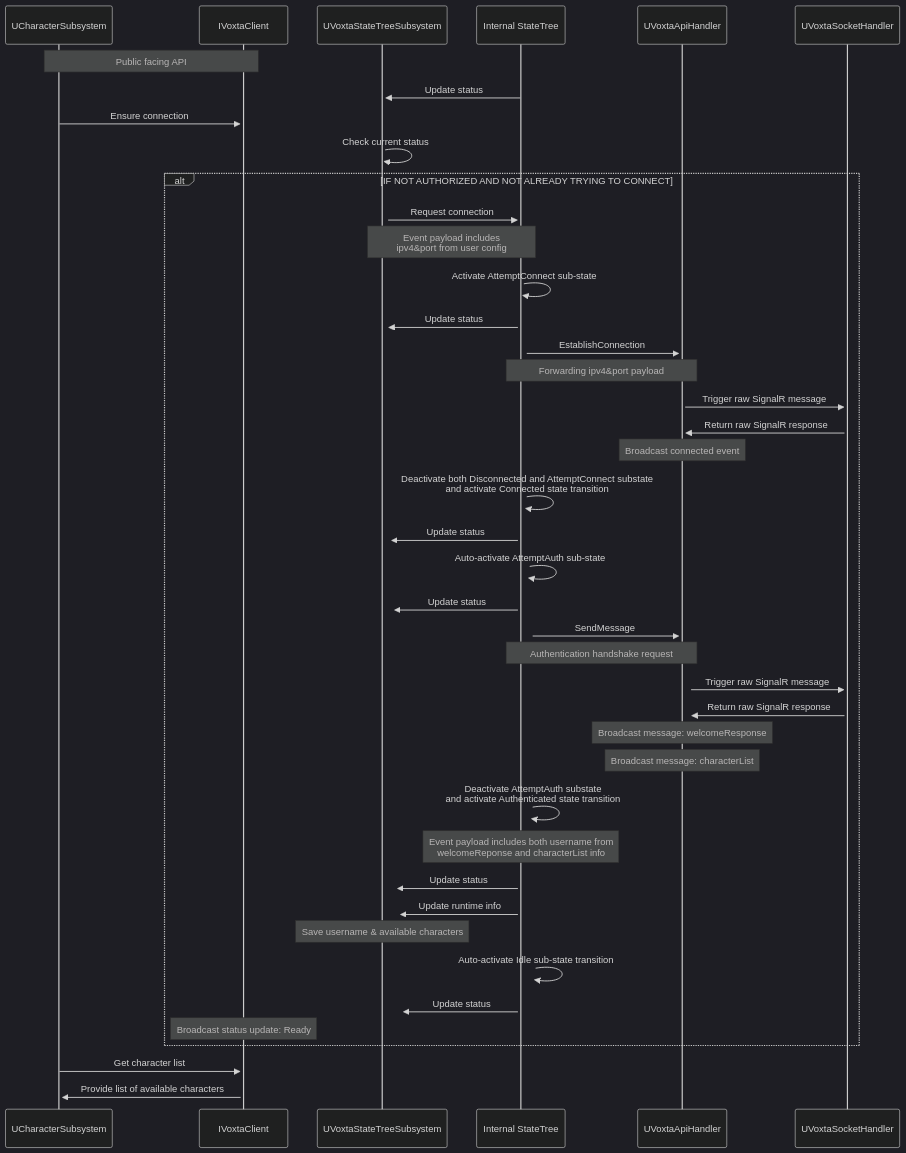
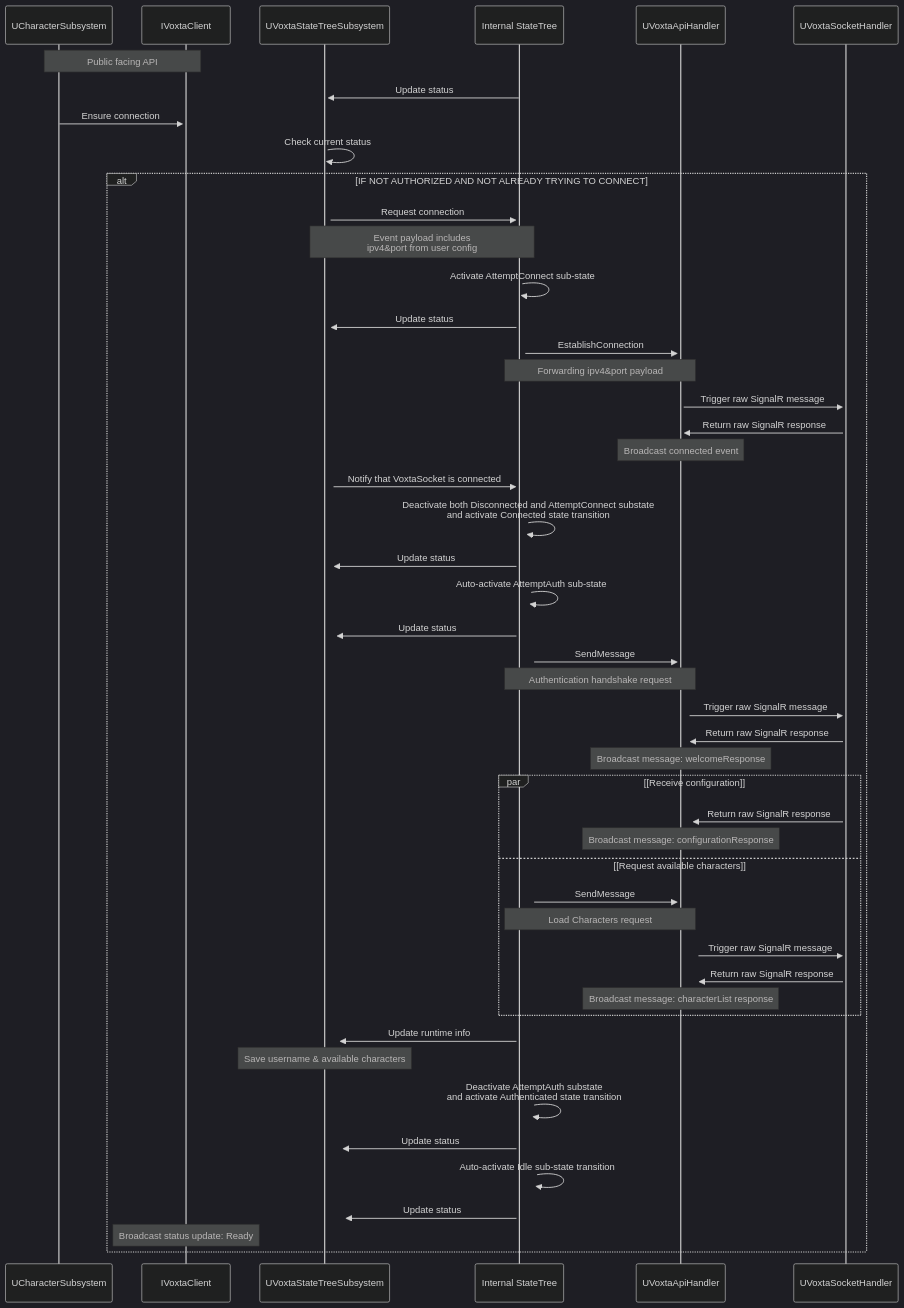
Before and after one commit to grrimgrriefer/UnrealVoxta: the diagram in README.md, drawn with Mermaid. The commit also changed 11 other files, not shown here.

````diff
--- a/README.md
+++ b/README.md
@@ -14,58 +14,65 @@
 ```mermaid
 ---
 config:
   theme: dark
 ---
 sequenceDiagram
 	Note over UCharacterSubsystem,IVoxtaClient: Public facing API
     participant UVoxtaStateTreeSubsystem
 
     Internal StateTree->>+UVoxtaStateTreeSubsystem: Update status
 
 	UCharacterSubsystem->>+IVoxtaClient: Ensure connection
 	UVoxtaStateTreeSubsystem->>+UVoxtaStateTreeSubsystem: Check current status
 
 	alt IF NOT AUTHORIZED AND NOT ALREADY TRYING TO CONNECT
 		UVoxtaStateTreeSubsystem->>+Internal StateTree: Request connection
 			Note over UVoxtaStateTreeSubsystem,Internal StateTree: Event payload includes <br /> ipv4&port from user config
 		Internal StateTree->>+Internal StateTree: Activate AttemptConnect sub-state
             Internal StateTree->>+UVoxtaStateTreeSubsystem: Update status
 
 		Internal StateTree->>+UVoxtaApiHandler: EstablishConnection
 			Note over Internal StateTree,UVoxtaApiHandler: Forwarding ipv4&port payload
 
 		UVoxtaApiHandler->>+UVoxtaSocketHandler: Trigger raw SignalR message
 		UVoxtaSocketHandler->>+UVoxtaApiHandler: Return raw SignalR response
 			Note over UVoxtaApiHandler: Broadcast connected event
 
+		UVoxtaStateTreeSubsystem->>+Internal StateTree: Notify that VoxtaSocket is connected
+
 		Internal StateTree->>+Internal StateTree: Deactivate both Disconnected and AttemptConnect substate<br /> and activate Connected state transition
 		Internal StateTree->>+UVoxtaStateTreeSubsystem: Update status
 
 		Internal StateTree->>+Internal StateTree: Auto-activate AttemptAuth sub-state
             Internal StateTree->>+UVoxtaStateTreeSubsystem: Update status
 
 		Internal StateTree->>+UVoxtaApiHandler: SendMessage
 			Note over Internal StateTree,UVoxtaApiHandler: Authentication handshake request
 
 		UVoxtaApiHandler->>+UVoxtaSocketHandler: Trigger raw SignalR message
 		UVoxtaSocketHandler->>+UVoxtaApiHandler: Return raw SignalR response
 			Note over UVoxtaApiHandler: Broadcast message: welcomeResponse
-			Note over UVoxtaApiHandler: Broadcast message: characterList
 
-		Internal StateTree->>+Internal StateTree: Deactivate AttemptAuth substate<br /> and activate Authenticated state transition
-			Note over Internal StateTree: Event payload includes both username from <br />welcomeReponse and characterList info
+		par [Receive configuration]
+				UVoxtaSocketHandler->>+UVoxtaApiHandler: Return raw SignalR response
+					Note over UVoxtaApiHandler: Broadcast message: configurationResponse
+		and [Request available characters]
+				Internal StateTree->>+UVoxtaApiHandler: SendMessage
+					Note over Internal StateTree,UVoxtaApiHandler: Load Characters request
 
-        Internal StateTree->>+UVoxtaStateTreeSubsystem: Update status
+				UVoxtaApiHandler->>+UVoxtaSocketHandler: Trigger raw SignalR message
+				UVoxtaSocketHandler->>+UVoxtaApiHandler: Return raw SignalR response
+					Note over UVoxtaApiHandler: Broadcast message: characterList response
+		end		
 
 		Internal StateTree->>+UVoxtaStateTreeSubsystem: Update runtime info
 			Note over UVoxtaStateTreeSubsystem: Save username & available characters
+
+		Internal StateTree->>+Internal StateTree: Deactivate AttemptAuth substate<br /> and activate Authenticated state transition
+        Internal StateTree->>+UVoxtaStateTreeSubsystem: Update status
 
 		Internal StateTree->>+Internal StateTree: Auto-activate Idle sub-state transition
 		    Internal StateTree->>+UVoxtaStateTreeSubsystem: Update status
 		Note over IVoxtaClient:  Broadcast status update: Ready
 	end
-
-	UCharacterSubsystem->>+IVoxtaClient: Get character list
-
-	IVoxtaClient->>+UCharacterSubsystem: Provide list of available characters
 ```
````
